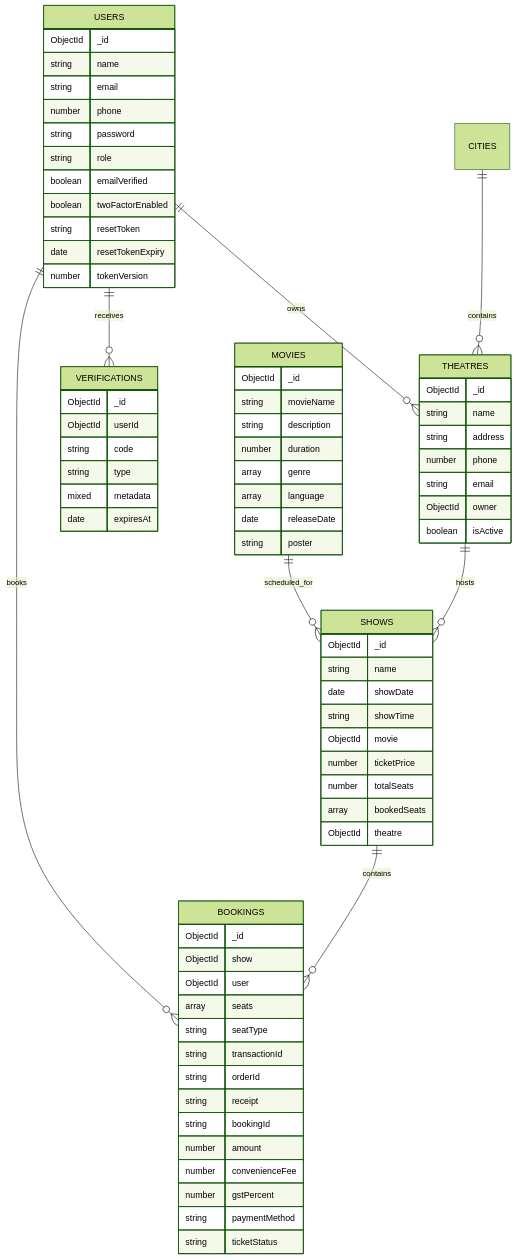
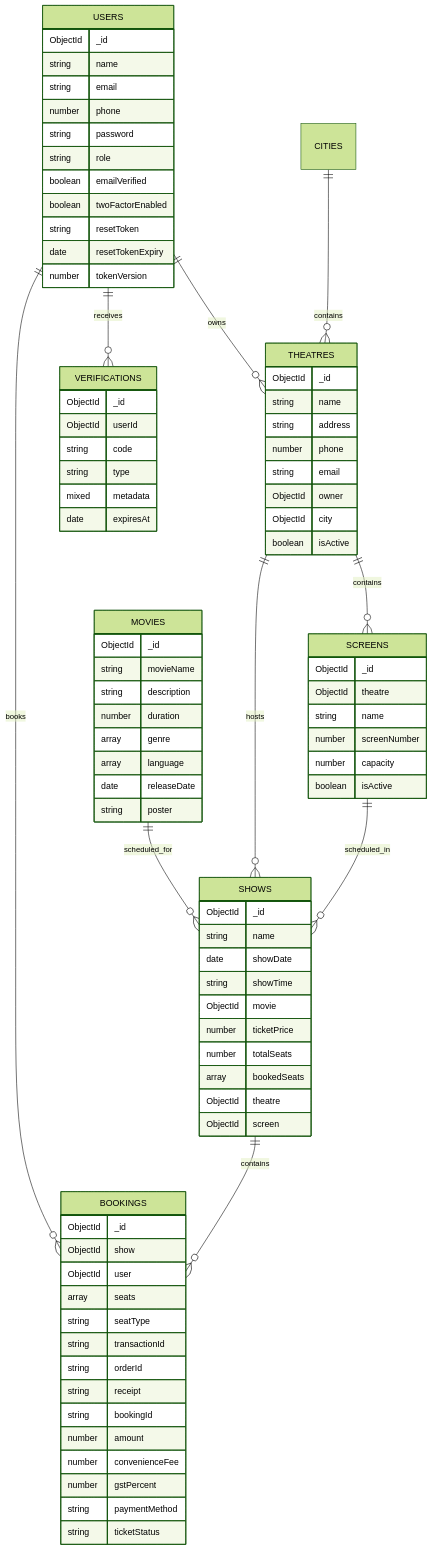
One commit to Shravan-509/BookMyShow changed the seventh of 10 diagrams in docs/PROJECT_DOCUMENTATION.md. Above: the diagram before and after it, drawn with Mermaid (forest theme). The commit also changed other lines of this file and 44 other files, not shown here.

```diff
--- a/docs/PROJECT_DOCUMENTATION.md
+++ b/docs/PROJECT_DOCUMENTATION.md
@@ -523,6 +526,8 @@
 
     MOVIES ||--o{ SHOWS : scheduled_for
     THEATRES ||--o{ SHOWS : hosts
+    THEATRES ||--o{ SCREENS : contains
+    SCREENS ||--o{ SHOWS : scheduled_in
 
     SHOWS ||--o{ BOOKINGS : contains
 
@@ -558,6 +563,16 @@
         number phone
         string email
         ObjectId owner
+        ObjectId city
+        boolean isActive
+    }
+
+    SCREENS {
+        ObjectId _id
+        ObjectId theatre
+        string name
+        number screenNumber
+        number capacity
         boolean isActive
     }
 
@@ -571,6 +586,7 @@
         number totalSeats
         array bookedSeats
         ObjectId theatre
+        ObjectId screen
     }
 
     BOOKINGS {
```
